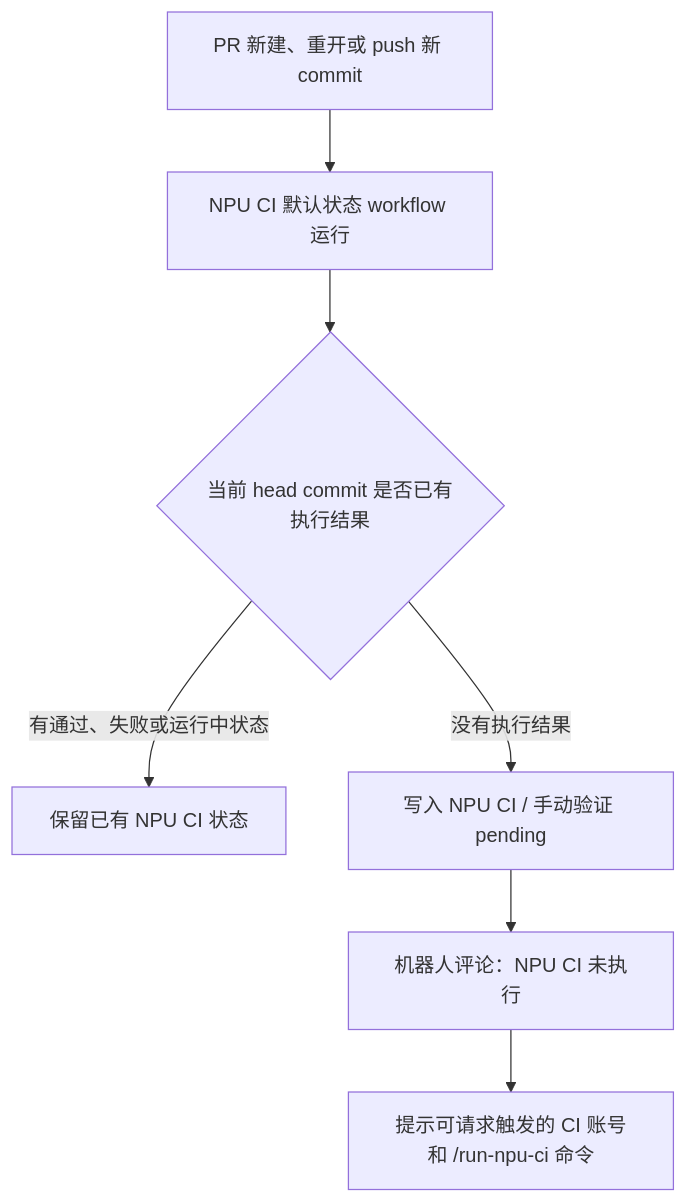
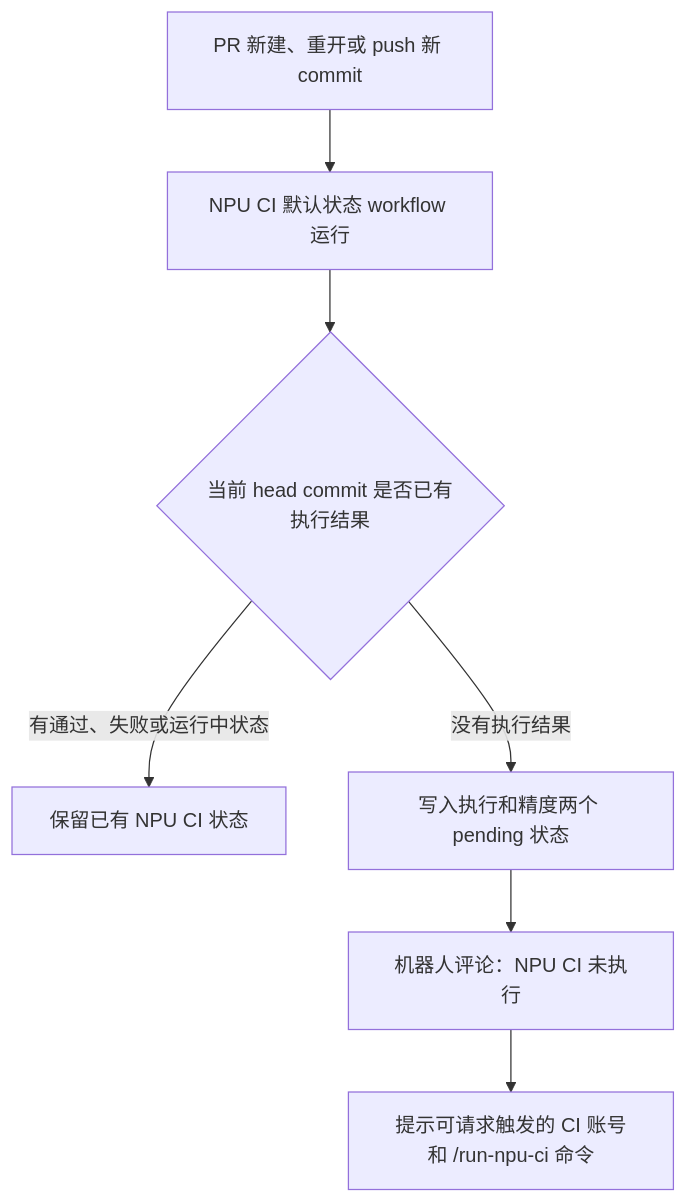
One commit to flashserve/flash-linear-attention-npu changed the first of 4 diagrams in docs/Fla-npu仓CI部署教程.md. Above: the diagram before and after it, drawn with Mermaid. The commit also changed other lines of this file and 10 other files, not shown here.

````diff
--- a/docs/Fla-npu仓CI部署教程.md
+++ b/docs/Fla-npu仓CI部署教程.md
@@ -51,9 +57,9 @@
 ```mermaid
 flowchart TD
     A["PR 新建、重开或 push 新 commit"] --> B["NPU CI 默认状态 workflow 运行"]
     B --> C{"当前 head commit 是否已有执行结果"}
     C -- "有通过、失败或运行中状态" --> D["保留已有 NPU CI 状态"]
-    C -- "没有执行结果" --> E["写入 NPU CI / 手动验证 pending"]
+    C -- "没有执行结果" --> E["写入执行和精度两个 pending 状态"]
     E --> F["机器人评论：NPU CI 未执行"]
     F --> G["提示可请求触发的 CI 账号和 /run-npu-ci 命令"]
 ```
````
